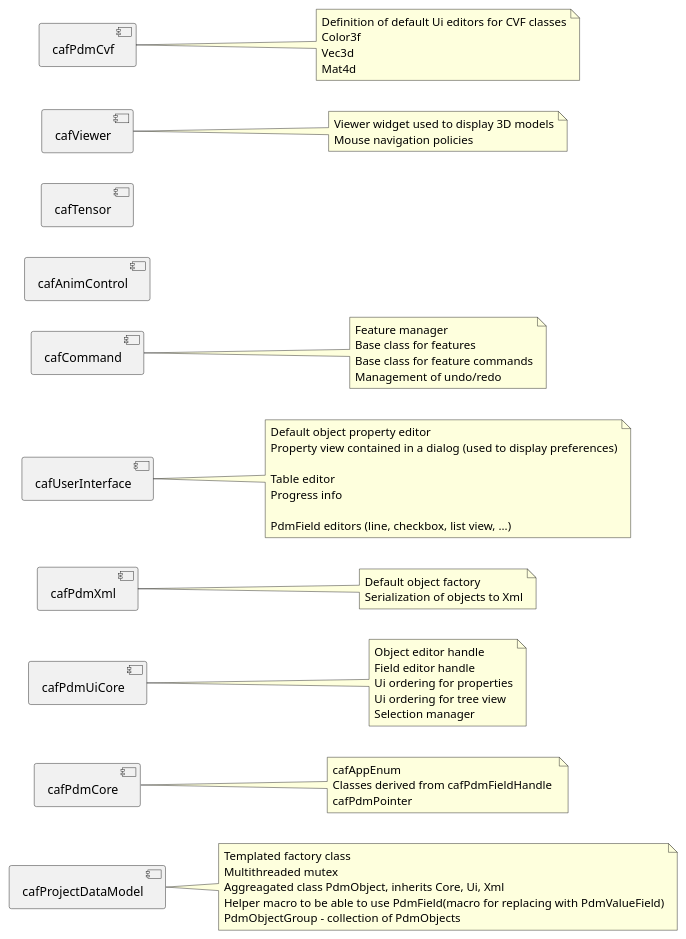
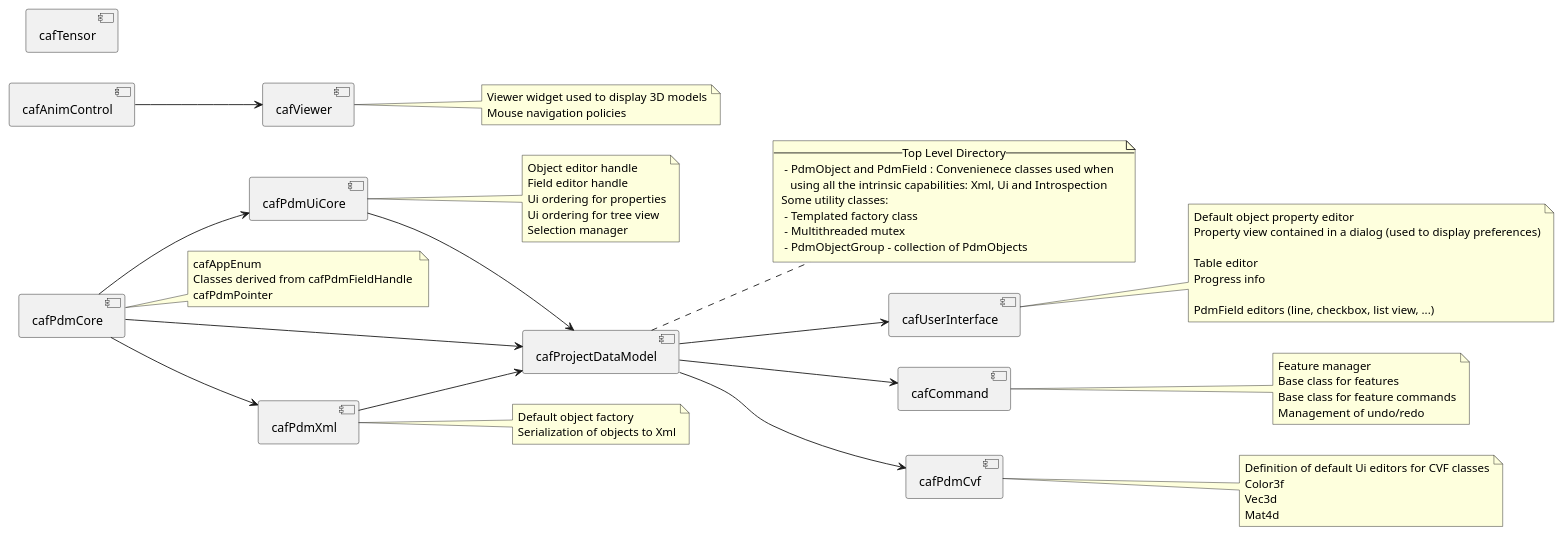
One commit to OPM/ResInsight changed the diagram in Fwk/AppFwk/cafProjectDataModel/PdmOverview.plantuml. Above: the diagram before and after it, drawn with PlantUML. The commit also changed 1 other file, not shown here.

Commit message:
AppFwk: Update some plantuml docs

```diff
--- a/Fwk/AppFwk/cafProjectDataModel/PdmOverview.plantuml
+++ b/Fwk/AppFwk/cafProjectDataModel/PdmOverview.plantuml
@@ -1,75 +1,91 @@
 @startuml
 left to right direction
 
 component cafProjectDataModel
 note right of [cafProjectDataModel]
-  Templated factory class
-  Multithreaded mutex
-  Aggreagated class PdmObject, inherits Core, Ui, Xml
-  Helper macro to be able to use PdmField(macro for replacing with PdmValueField)
-  PdmObjectGroup - collection of PdmObjects
+-- Top Level Directory --
+  - PdmObject and PdmField : Convenienece classes used when 
+    using all the intrinsic capabilities: Xml, Ui and Introspection
+ Some utility classes:
+  - Templated factory class
+  - Multithreaded mutex
+  - PdmObjectGroup - collection of PdmObjects
 end note
 
 
 component cafPdmCore 
 note right of [cafPdmCore]
   cafAppEnum
   Classes derived from cafPdmFieldHandle 
   cafPdmPointer
 end note
+
 
 component cafPdmUiCore
 note right of [cafPdmUiCore]
   Object editor handle
   Field editor handle
   Ui ordering for properties
   Ui ordering for tree view
   Selection manager
 end note
 
 component cafPdmXml
 note right of [cafPdmXml]
   Default object factory
   Serialization of objects to Xml
 end note
 
 component cafUserInterface
 note right of [cafUserInterface]
   Default object property editor
   Property view contained in a dialog (used to display preferences)
   
   Table editor
   Progress info
   
   PdmField editors (line, checkbox, list view, ...)
 end note
 
 component cafCommand
 note right of [cafCommand]
   Feature manager
   Base class for features
   Base class for feature commands
   Management of undo/redo
 end note
 
 component cafAnimControl
 component cafTensor
 
 component cafViewer
 note right of [cafViewer]
   Viewer widget used to display 3D models
   Mouse navigation policies
 end note
 
 component cafPdmCvf
 note right of [cafPdmCvf]
   Definition of default Ui editors for CVF classes
   Color3f
   Vec3d
   Mat4d
 end note
 
+cafPdmCore   --> cafPdmUiCore
+cafPdmCore   --> cafPdmXml
+cafPdmCore   --> cafProjectDataModel 
 
+cafPdmUiCore --> cafProjectDataModel
+cafPdmXml --> cafProjectDataModel
+
+
+cafProjectDataModel --> cafUserInterface
+cafProjectDataModel --> cafCommand
+cafAnimControl --> cafViewer
+
+
+cafProjectDataModel --> cafPdmCvf
 
 
 @enduml
```
